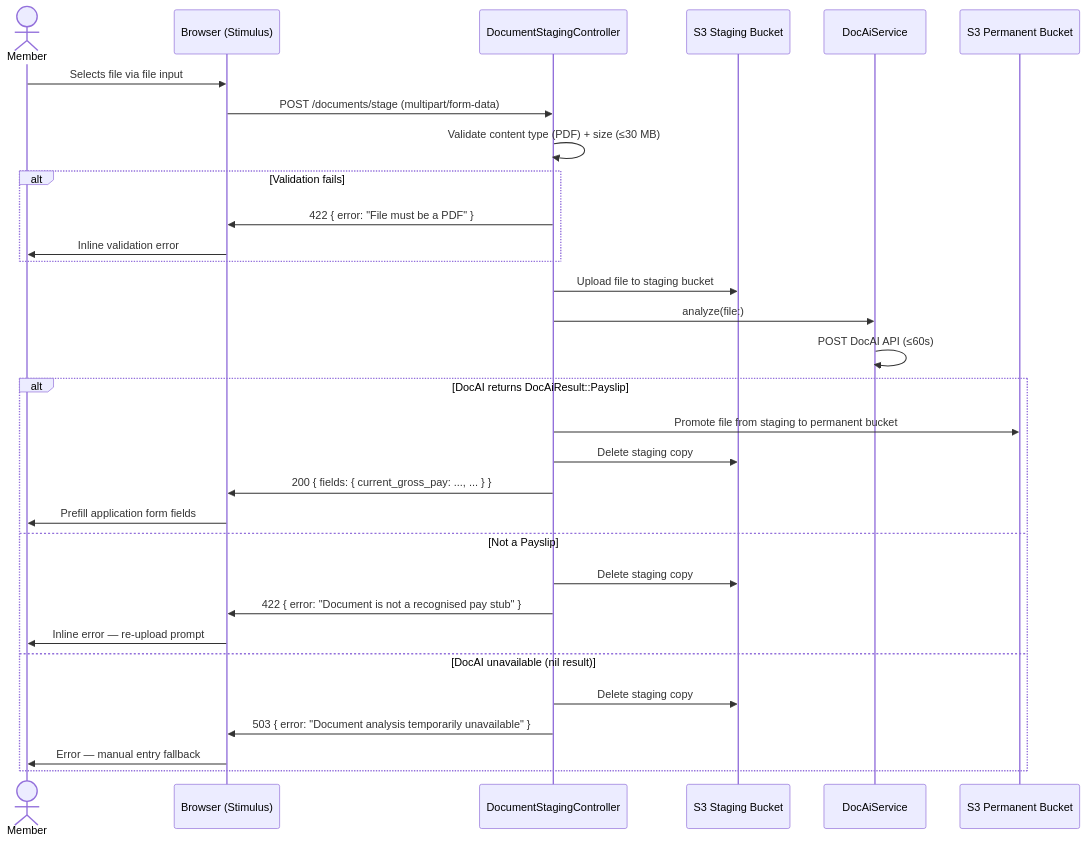
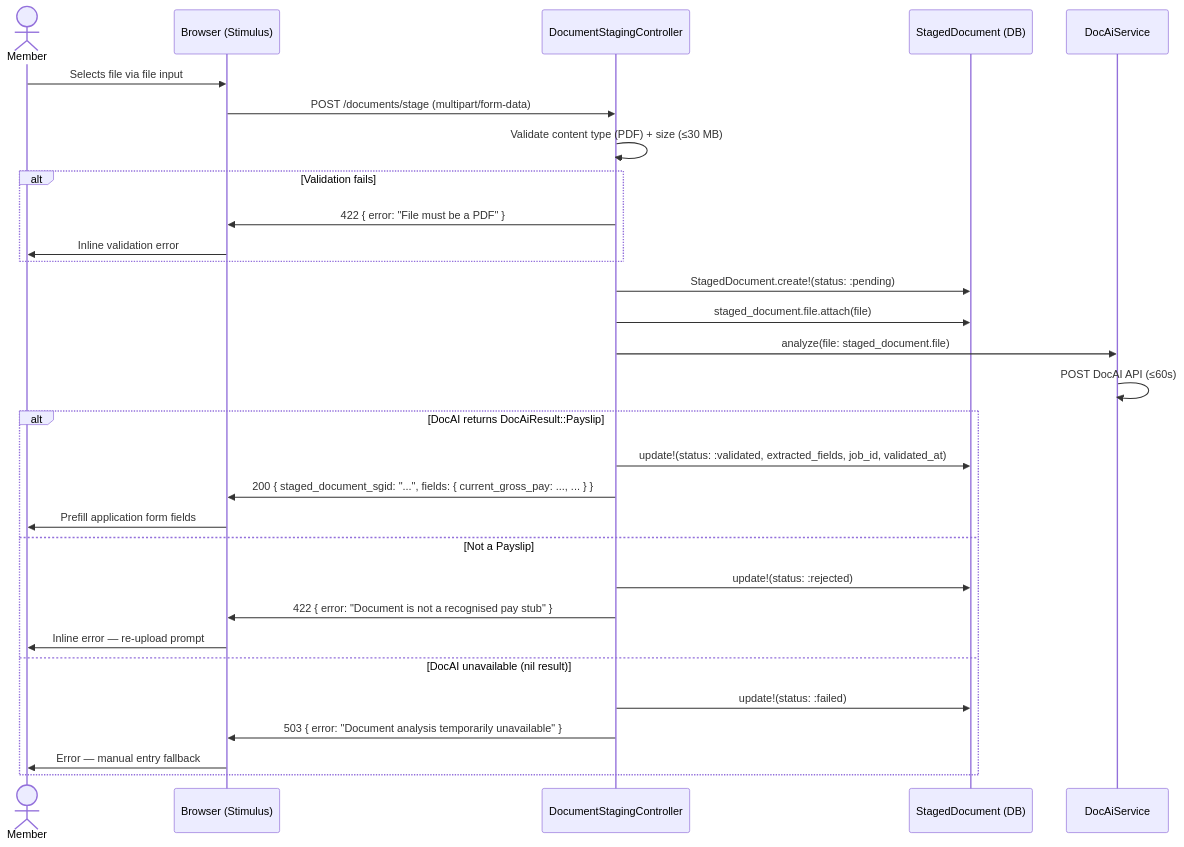
Before and after one commit to navapbc/oscer: the second of 7 diagrams in docs/architecture/doc-ai-integration/doc-ai-api.md, drawn with Mermaid. The commit also changed other lines of this file, not shown here.

Commit message:
Update to use Rails model and controller for staging documents

````diff
--- a/docs/architecture/doc-ai-integration/doc-ai-api.md
+++ b/docs/architecture/doc-ai-integration/doc-ai-api.md
@@ -46,37 +48,36 @@
 ```mermaid
 sequenceDiagram
     actor Member
     participant UI as Browser (Stimulus)
     participant Controller as DocumentStagingController
-    participant S3S as S3 Staging Bucket
+    participant DB as StagedDocument (DB)
     participant DocAI as DocAiService
-    participant S3P as S3 Permanent Bucket
 
     Member->>UI: Selects file via file input
     UI->>Controller: POST /documents/stage (multipart/form-data)
     Controller->>Controller: Validate content type (PDF) + size (≤30 MB)
 
     alt Validation fails
         Controller->>UI: 422 { error: "File must be a PDF" }
         UI->>Member: Inline validation error
     end
 
-    Controller->>S3S: Upload file to staging bucket
-    Controller->>DocAI: analyze(file:)
+    Controller->>DB: StagedDocument.create!(status: :pending)
+    Controller->>DB: staged_document.file.attach(file)
+    Controller->>DocAI: analyze(file: staged_document.file)
     DocAI->>DocAI: POST DocAI API (≤60s)
 
     alt DocAI returns DocAiResult::Payslip
-        Controller->>S3P: Promote file from staging to permanent bucket
-        Controller->>S3S: Delete staging copy
-        Controller->>UI: 200 { fields: { current_gross_pay: ..., ... } }
+        Controller->>DB: update!(status: :validated, extracted_fields, job_id, validated_at)
+        Controller->>UI: 200 { staged_document_sgid: "...", fields: { current_gross_pay: ..., ... } }
         UI->>Member: Prefill application form fields
     else Not a Payslip
-        Controller->>S3S: Delete staging copy
+        Controller->>DB: update!(status: :rejected)
         Controller->>UI: 422 { error: "Document is not a recognised pay stub" }
         UI->>Member: Inline error — re-upload prompt
     else DocAI unavailable (nil result)
-        Controller->>S3S: Delete staging copy
+        Controller->>DB: update!(status: :failed)
         Controller->>UI: 503 { error: "Document analysis temporarily unavailable" }
         UI->>Member: Error — manual entry fallback
     end
 ```
````
